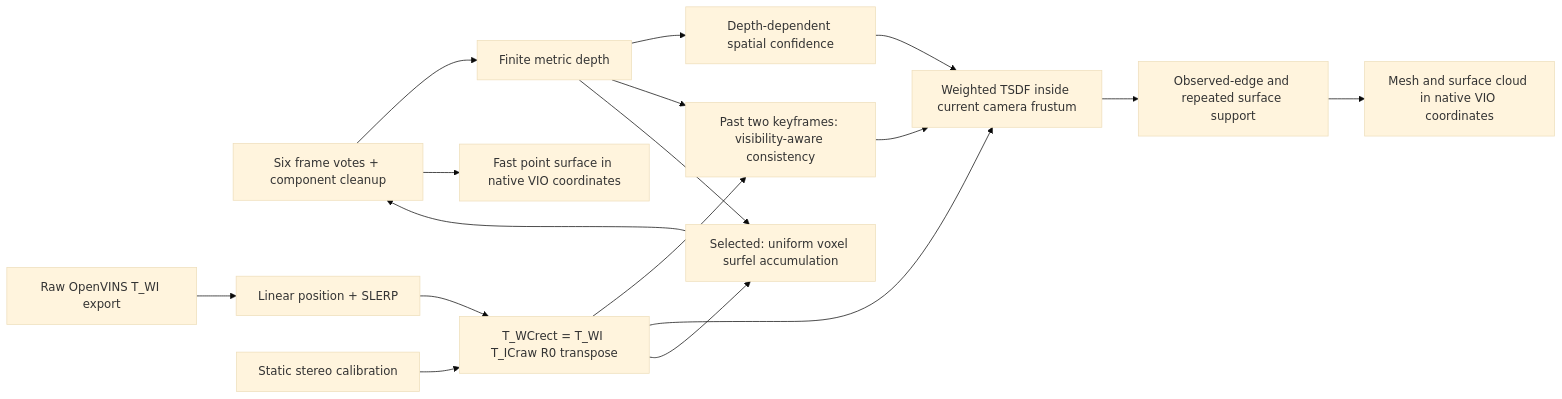
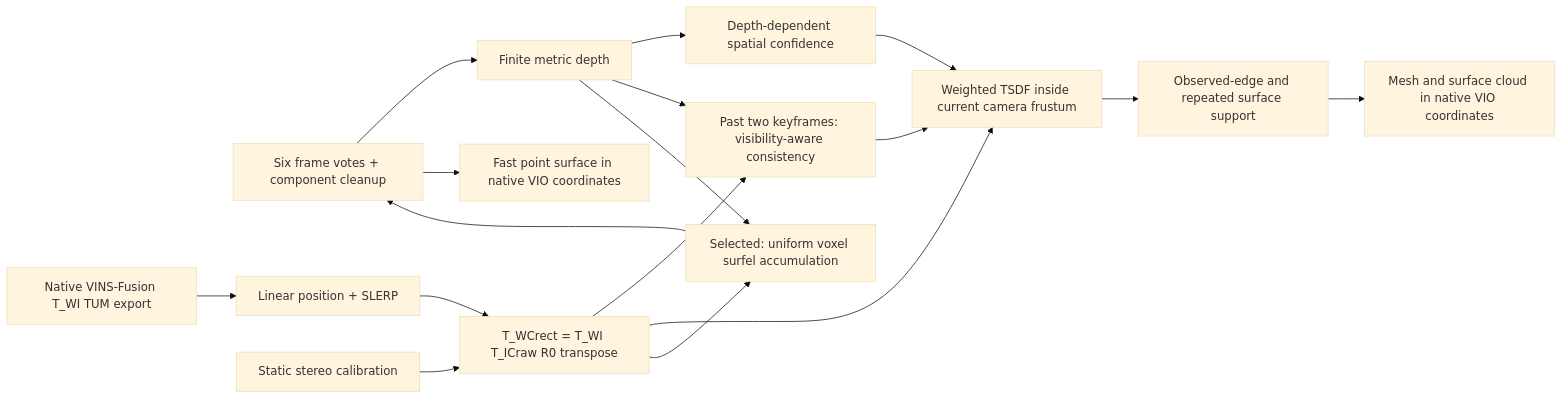
Before and after one commit to khanhtrankuri/depth_vio: the diagram in pipeline/FUSION_V2.md, drawn with Mermaid (base theme). The commit also changed other lines of this file and 48 other files, not shown here.

Commit message:
Integrate tuned IGEV depth into VINS-Fusion and publish latest run

````diff
--- a/pipeline/FUSION_V2.md
+++ b/pipeline/FUSION_V2.md
@@ -14,19 +16,19 @@
 ```mermaid
 flowchart LR
     C[Existing stereo disparity + binary L-R mask] --> D[Finite metric depth]
-    V[Raw OpenVINS T_WI export] --> P[Linear position + SLERP]
+    V[Native VINS-Fusion T_WI TUM export] --> P[Linear position + SLERP]
     K[Static stereo calibration] --> X[T_WCrect = T_WI T_ICraw R0 transpose]
     P --> X
     D --> W[Depth-dependent spatial confidence]
     D --> T[Past two keyframes: visibility-aware consistency]
     X --> T
     W --> F[Weighted TSDF inside current camera frustum]
     T --> F
     X --> F
     F --> S[Observed-edge and repeated surface support]
     S --> M[Mesh and surface cloud in native VIO coordinates]
     D --> U[Selected: uniform voxel surfel accumulation]
     X --> U
     U --> C[Six frame votes + component cleanup]
     C --> O[Fast point surface in native VIO coordinates]
 ```
````
